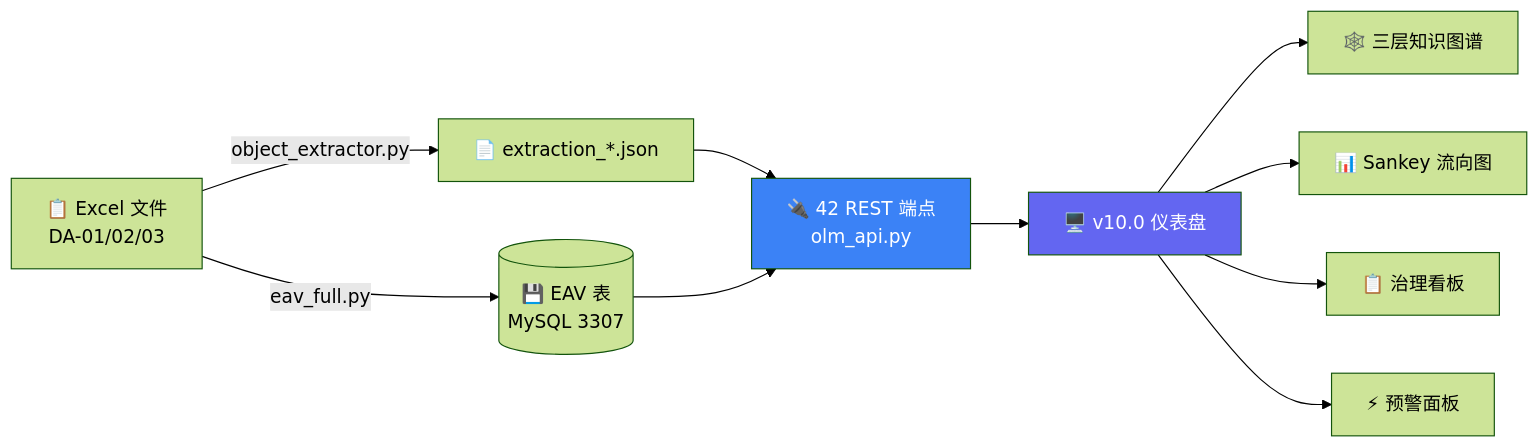
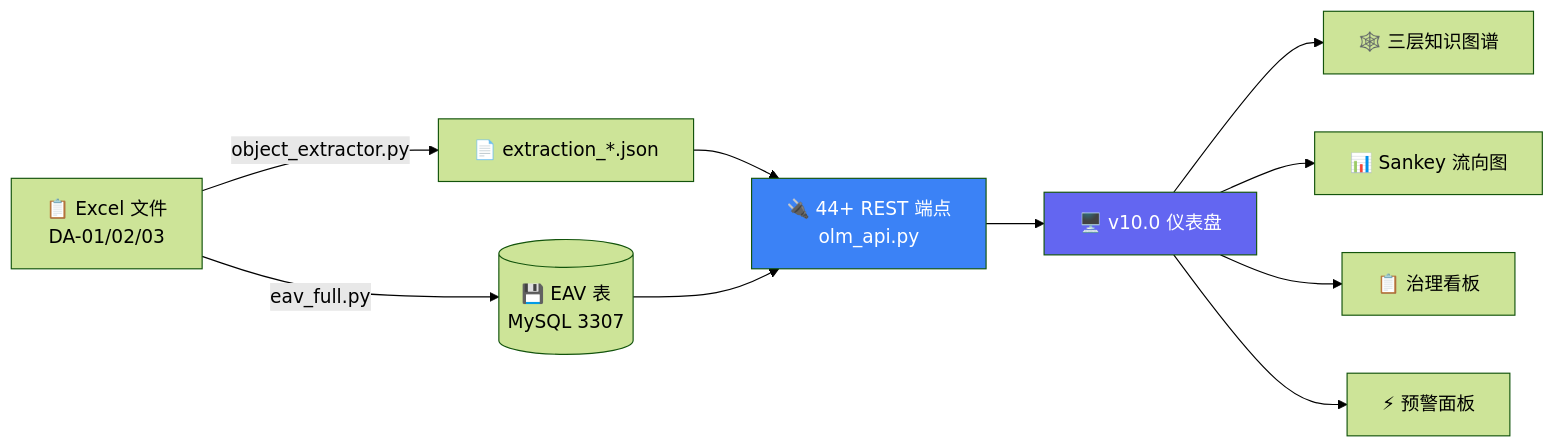
One commit to qqyjx/YIMO changed the fourth of 5 diagrams in README.md. Above: the diagram before and after it, drawn with Mermaid (forest theme). The commit also changed other lines of this file, not shown here.

First line of the commit message:
docs: 修复 README 失效链接 + Palantir 风格 5 层架构图重构

````diff
--- a/README.md
+++ b/README.md
@@ -137,15 +155,15 @@
 ```mermaid
 graph LR
     EXCEL["📋 Excel 文件<br/>DA-01/02/03"] -->|"eav_full.py"| EAV[("💾 EAV 表<br/>MySQL 3307")]
     EXCEL -->|"object_extractor.py"| JSON["📄 extraction_*.json"]
-    JSON --> API["🔌 42 REST 端点<br/>olm_api.py"]
+    JSON --> API["🔌 44+ REST 端点<br/>olm_api.py"]
     EAV --> API
     API --> UI["🖥️ v10.0 仪表盘"]
     UI --> G1["🕸️ 三层知识图谱"]
     UI --> G2["📊 Sankey 流向图"]
     UI --> G3["📋 治理看板"]
     UI --> G4["⚡ 预警面板"]
 
     style API fill:#3b82f6,color:#fff
     style UI fill:#6366f1,color:#fff
 ```
````
